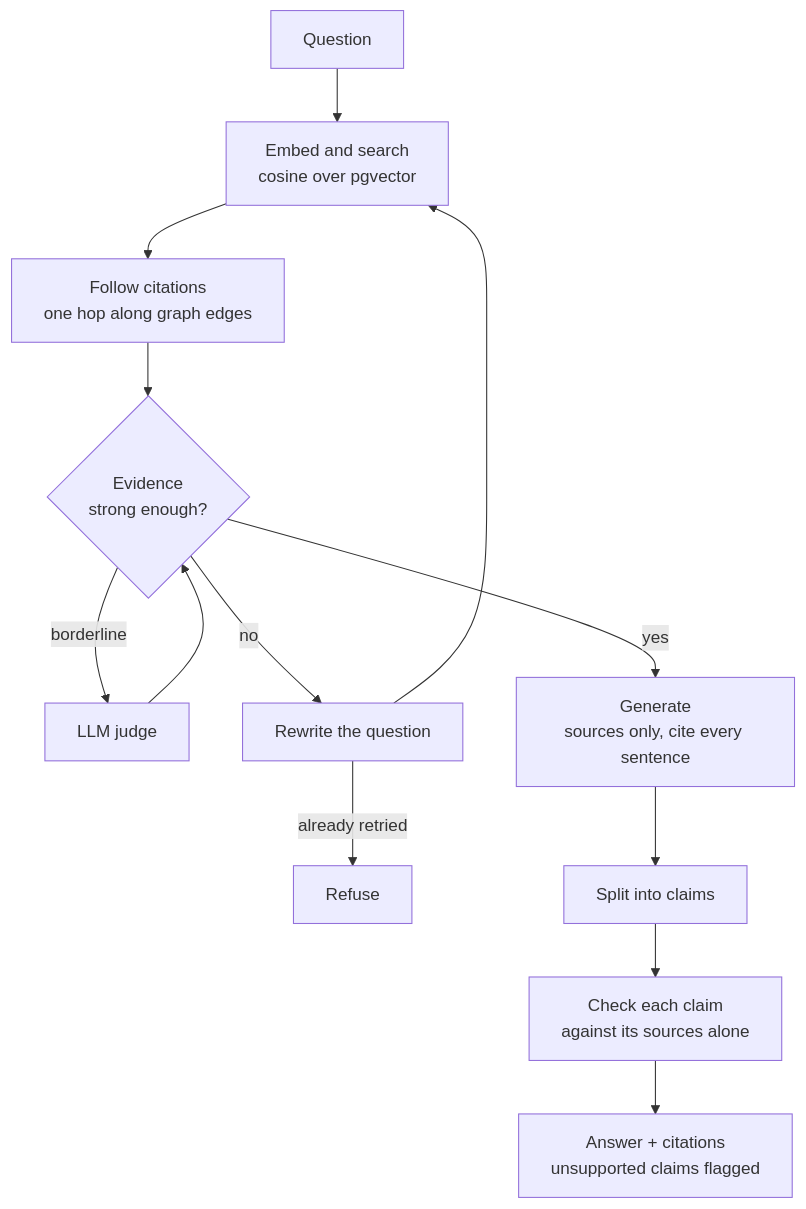
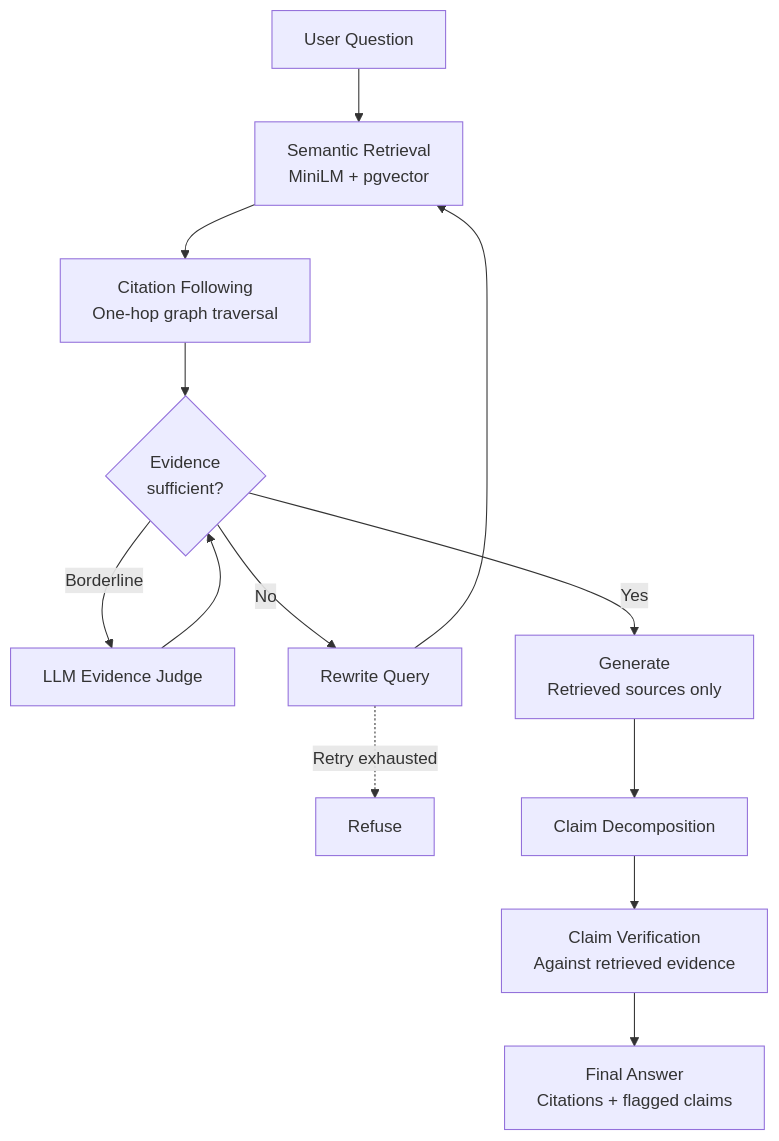
Before and after one commit to alsoankit/anchor-rag: the diagram in README.md, drawn with Mermaid. The commit also changed other lines of this file, not shown here.

Commit message:
Updated Mermaid Diagram

````diff
--- a/README.md
+++ b/README.md
@@ -148,15 +68,18 @@
 ```mermaid
 flowchart TD
-    A[Question] --> B[Embed and search<br/>cosine over pgvector]
-    B --> C[Follow citations<br/>one hop along graph edges]
-    C --> D{Evidence<br/>strong enough?}
-    D -- borderline --> E[LLM judge]
+    A[User Question] --> B[Semantic Retrieval<br/>MiniLM + pgvector]
+    B --> C[Citation Following<br/>One-hop graph traversal]
+    C --> D{Evidence<br/>sufficient?}
+
+    D -- Borderline --> E[LLM Evidence Judge]
     E --> D
-    D -- no --> F[Rewrite the question]
+
+    D -- No --> F[Rewrite Query]
     F --> B
-    F -- already retried --> G[Refuse]
-    D -- yes --> H[Generate<br/>sources only, cite every sentence]
-    H --> I[Split into claims]
-    I --> J[Check each claim<br/>against its sources alone]
-    J --> K[Answer + citations<br/>unsupported claims flagged]
+    F -. Retry exhausted .-> G[Refuse]
+
+    D -- Yes --> H[Generate<br/>Retrieved sources only]
+    H --> I[Claim Decomposition]
+    I --> J[Claim Verification<br/>Against retrieved evidence]
+    J --> K[Final Answer<br/>Citations + flagged claims]
 ```
````
